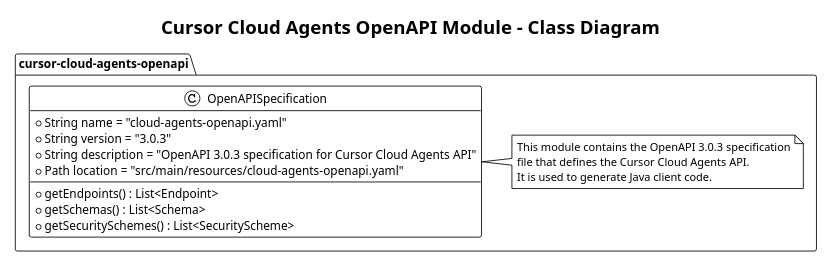
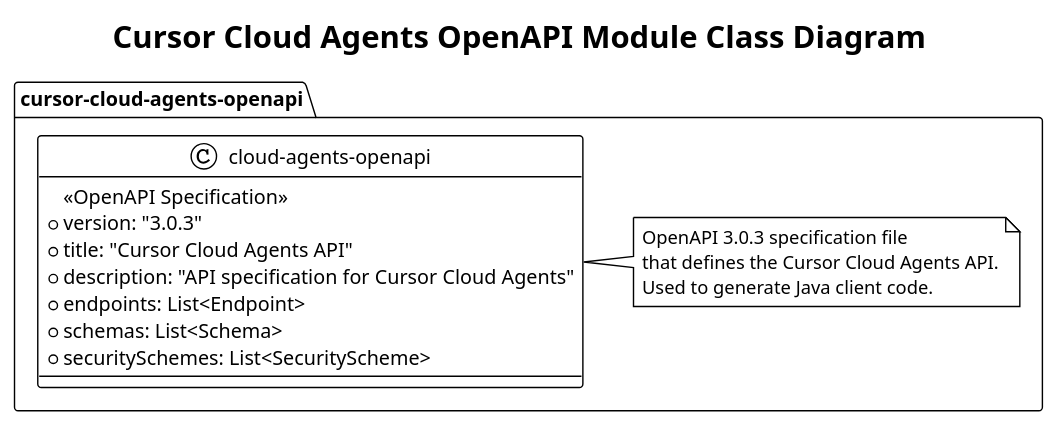
The diagram in documentation/uml/puml/uml-class-diagram-cursor-cloud-agents-openapi.puml (jabrena/churrera), drawn with PlantUML before and after one commit. The commit also changed 12 other files, not shown here.

Commit message:
feat: Add sequence diagram and update UML documentation

```diff
--- a/documentation/uml/puml/uml-class-diagram-cursor-cloud-agents-openapi.puml
+++ b/documentation/uml/puml/uml-class-diagram-cursor-cloud-agents-openapi.puml
@@ -1,24 +1,23 @@
 @startuml
 !theme plain
-scale 0.6
-title Cursor Cloud Agents OpenAPI Module - Class Diagram
+title Cursor Cloud Agents OpenAPI Module Class Diagram
 
 package "cursor-cloud-agents-openapi" {
-  class OpenAPISpecification {
-    + String name = "cloud-agents-openapi.yaml"
-    + String version = "3.0.3"
-    + String description = "OpenAPI 3.0.3 specification for Cursor Cloud Agents API"
-    + Path location = "src/main/resources/cloud-agents-openapi.yaml"
-    + getEndpoints() : List<Endpoint>
-    + getSchemas() : List<Schema>
-    + getSecuritySchemes() : List<SecurityScheme>
+  class cloud-agents-openapi {
+    <<OpenAPI Specification>>
+    + version: "3.0.3"
+    + title: "Cursor Cloud Agents API"
+    + description: "API specification for Cursor Cloud Agents"
+    + endpoints: List<Endpoint>
+    + schemas: List<Schema>
+    + securitySchemes: List<SecurityScheme>
   }
   
-  note right of OpenAPISpecification
-    This module contains the OpenAPI 3.0.3 specification
-    file that defines the Cursor Cloud Agents API.
-    It is used to generate Java client code.
+  note right of cloud-agents-openapi
+    OpenAPI 3.0.3 specification file
+    that defines the Cursor Cloud Agents API.
+    Used to generate Java client code.
   end note
 }
 
 @enduml
```
